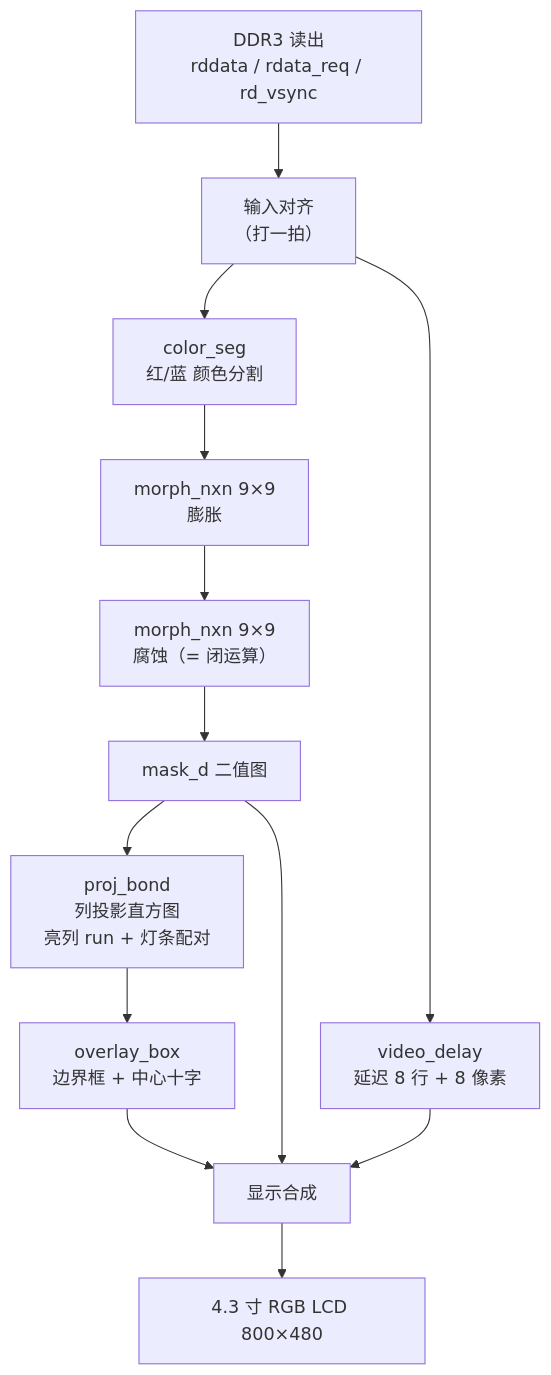
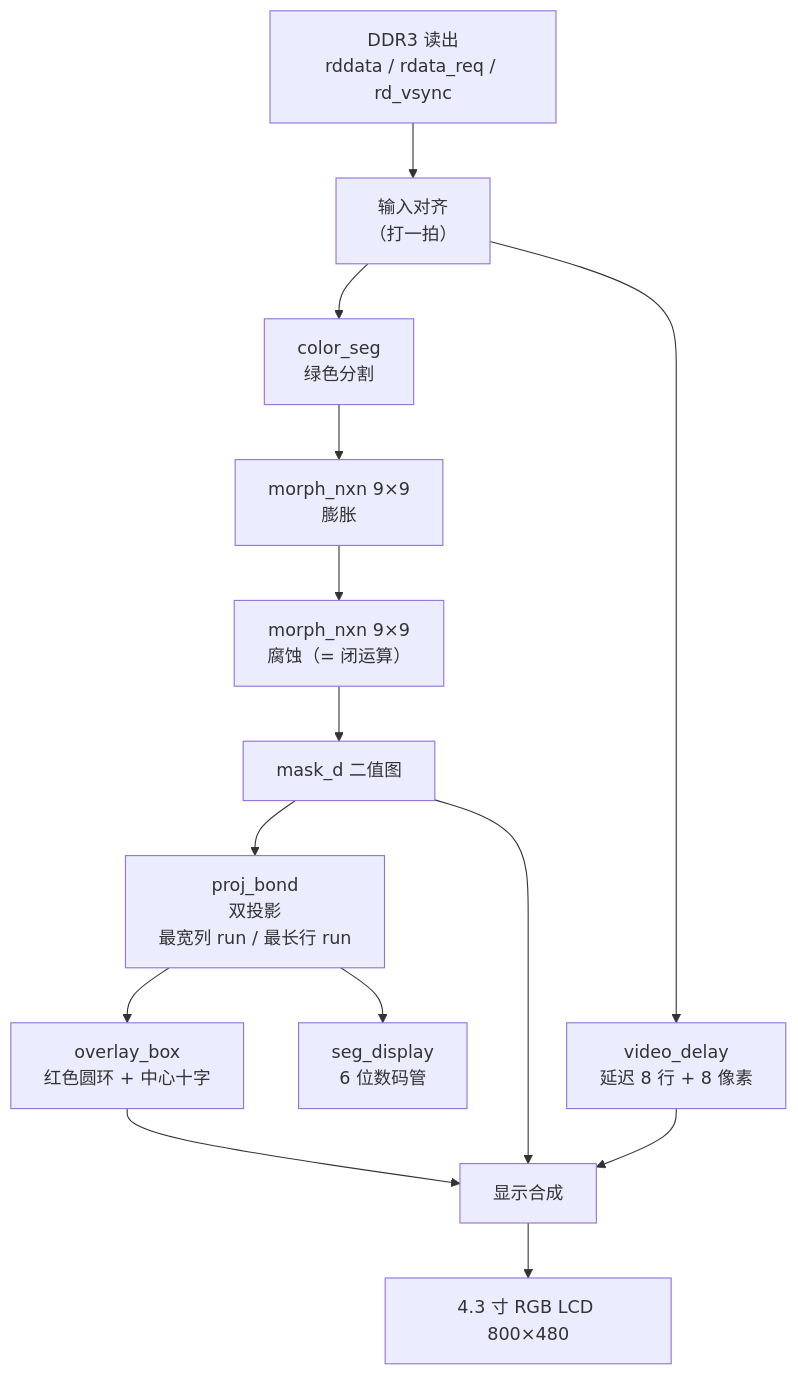
One commit to Eddie-Duan/FPGA4dart changed the first of 2 diagrams in README.md. Above: the diagram before and after it, drawn with Mermaid. The commit also changed other lines of this file and 28 other files, not shown here.

````diff
--- a/README.md
+++ b/README.md
@@ -116,15 +127,16 @@
 ```mermaid
 flowchart TD
     IN["DDR3 读出<br/>rddata / rdata_req / rd_vsync"] --> ALIGN["输入对齐<br/>（打一拍）"]
-    ALIGN --> SEG["color_seg<br/>红/蓝 颜色分割"]
+    ALIGN --> SEG["color_seg<br/>绿色分割"]
     SEG --> DIL["morph_nxn 9×9<br/>膨胀"]
     DIL --> ERO["morph_nxn 9×9<br/>腐蚀（= 闭运算）"]
     ERO --> MASK["mask_d 二值图"]
     ALIGN --> DLY["video_delay<br/>延迟 8 行 + 8 像素"]
-    MASK --> PROJ["proj_bond<br/>列投影直方图<br/>亮列 run + 灯条配对"]
+    MASK --> PROJ["proj_bond<br/>双投影<br/>最宽列 run / 最长行 run"]
     MASK --> MIX["显示合成"]
     DLY --> MIX
-    PROJ --> OVL["overlay_box<br/>边界框 + 中心十字"]
+    PROJ --> OVL["overlay_box<br/>红色圆环 + 中心十字"]
+    PROJ --> SEGD["seg_display<br/>6 位数码管"]
     OVL --> MIX
     MIX --> LCD["4.3 寸 RGB LCD 800×480"]
 ```
````
